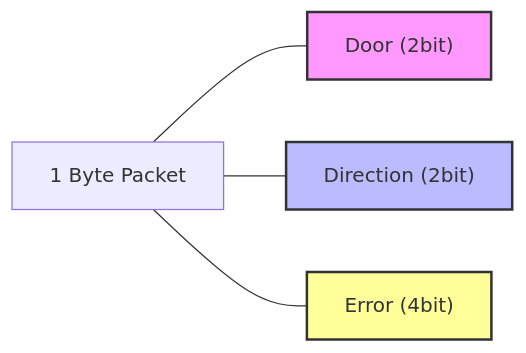
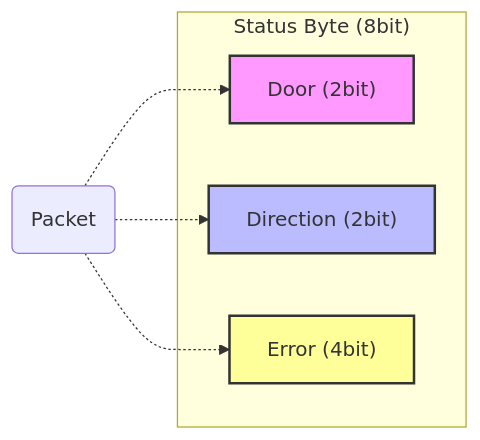
The second of 2 diagrams in elevator/index.md (jayyaj12/portfolio), drawn with Mermaid before and after one commit. The commit also changed other lines of this file, not shown here.

```diff
--- a/elevator/index.md
+++ b/elevator/index.md
@@ -66,13 +70,14 @@
 <div class="mermaid">
 graph LR
-    Byte["1 Byte Packet"]
-    Door["Door (2bit)"]
-    Dir["Direction (2bit)"]
-    Err["Error (4bit)"]
+    subgraph "Status Byte (8bit)"
+        Door["Door (2bit)"]
+        Dir["Direction (2bit)"]
+        Err["Error (4bit)"]
+    end
     
-    Byte --- Door & Dir & Err
+    Byte("Packet") -.-> Door & Dir & Err
     
     style Door fill:#f9f,stroke:#333,stroke-width:2px
     style Dir fill:#bbf,stroke:#333,stroke-width:2px
     style Err fill:#ff9,stroke:#333,stroke-width:2px
 </div>
```
